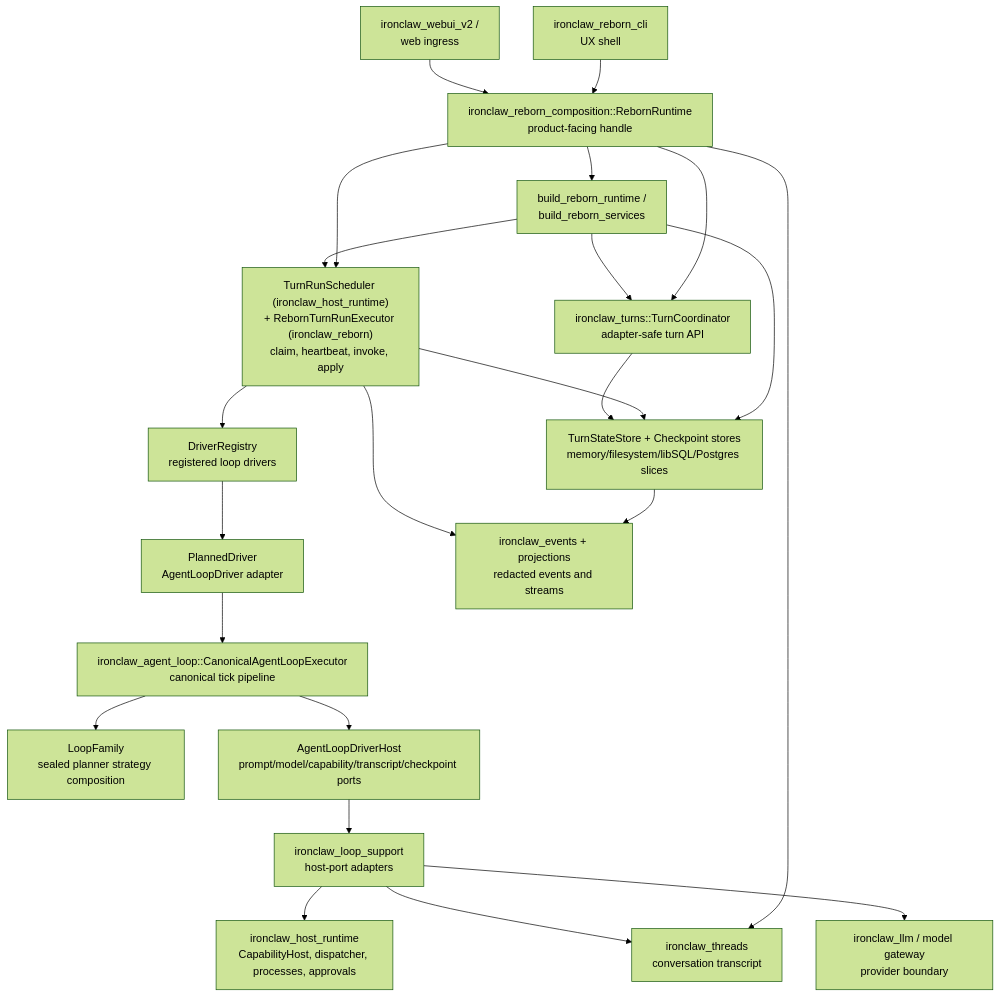
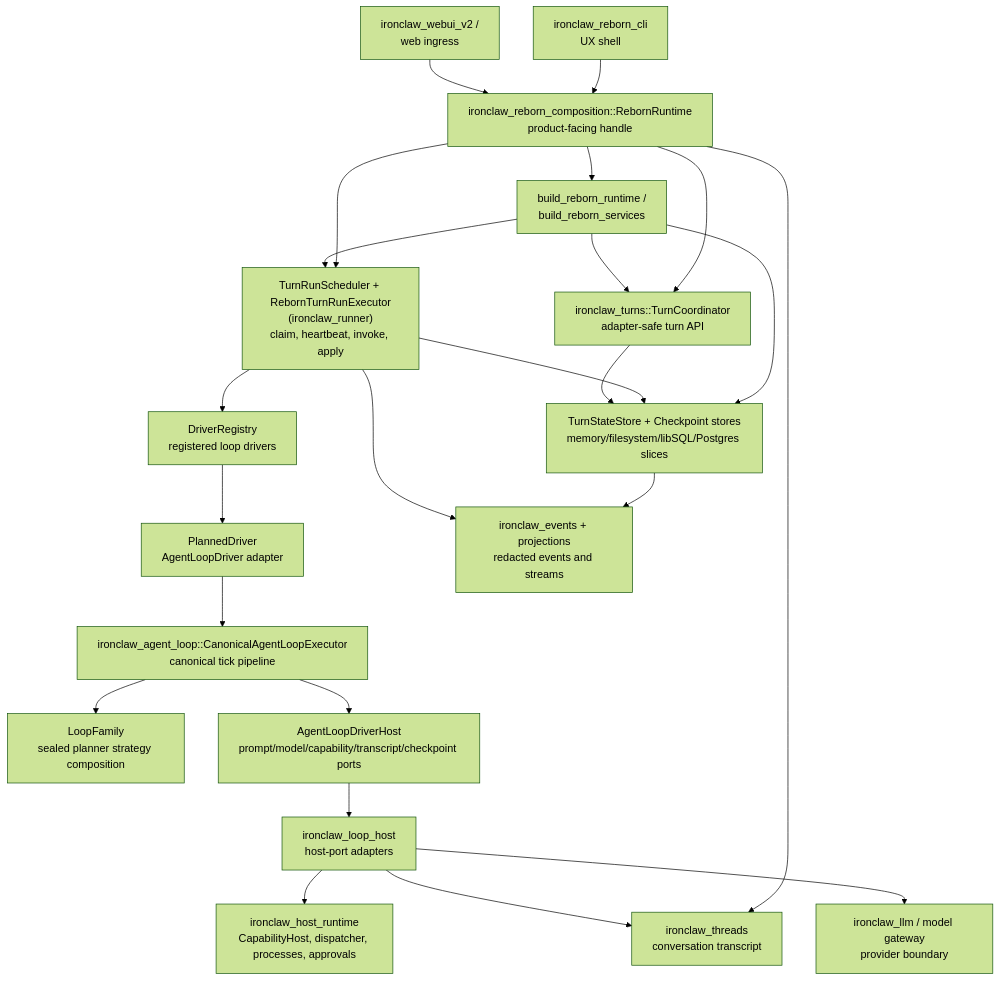
One commit to nearai/ironclaw changed the second of 7 diagrams in crates/Architecture.md. Above: the diagram before and after it, drawn with Mermaid (forest theme). The commit also changed other lines of this file and 1178 other files, not shown here.

````diff
--- a/crates/Architecture.md
+++ b/crates/Architecture.md
@@ -292,43 +292,43 @@
 ```mermaid
 flowchart TD
     CLI["ironclaw_reborn_cli\nUX shell"]
     WebUI["ironclaw_webui_v2 /\nweb ingress"]
     Runtime["ironclaw_reborn_composition::RebornRuntime\nproduct-facing handle"]
     Factory["build_reborn_runtime /\nbuild_reborn_services"]
     Coordinator["ironclaw_turns::TurnCoordinator\nadapter-safe turn API"]
     Store["TurnStateStore + Checkpoint stores\nmemory/filesystem/libSQL/Postgres slices"]
-    Worker["TurnRunScheduler (ironclaw_host_runtime)\n+ RebornTurnRunExecutor (ironclaw_reborn)\nclaim, heartbeat, invoke, apply"]
+    Worker["TurnRunScheduler + RebornTurnRunExecutor\n(ironclaw_runner)\nclaim, heartbeat, invoke, apply"]
     Registry["DriverRegistry\nregistered loop drivers"]
     Planned["PlannedDriver\nAgentLoopDriver adapter"]
     Executor["ironclaw_agent_loop::CanonicalAgentLoopExecutor\ncanonical tick pipeline"]
     Family["LoopFamily\nsealed planner strategy composition"]
     Host["AgentLoopDriverHost\nprompt/model/capability/transcript/checkpoint ports"]
-    LoopSupport["ironclaw_loop_support\nhost-port adapters"]
+    LoopSupport["ironclaw_loop_host\nhost-port adapters"]
     HostRuntime["ironclaw_host_runtime\nCapabilityHost, dispatcher, processes, approvals"]
     LLM["ironclaw_llm / model gateway\nprovider boundary"]
     Threads["ironclaw_threads\nconversation transcript"]
     Events["ironclaw_events + projections\nredacted events and streams"]
 
     CLI --> Runtime
     WebUI --> Runtime
     Runtime --> Factory
     Runtime --> Threads
     Runtime --> Coordinator
     Runtime --> Worker
     Factory --> Coordinator
     Factory --> Store
     Factory --> Worker
     Worker --> Store
     Worker --> Registry
     Registry --> Planned
     Planned --> Executor
     Executor --> Family
     Executor --> Host
     Host --> LoopSupport
     LoopSupport --> HostRuntime
     LoopSupport --> LLM
     LoopSupport --> Threads
     Coordinator --> Store
     Store --> Events
     Worker --> Events
 ```
````
